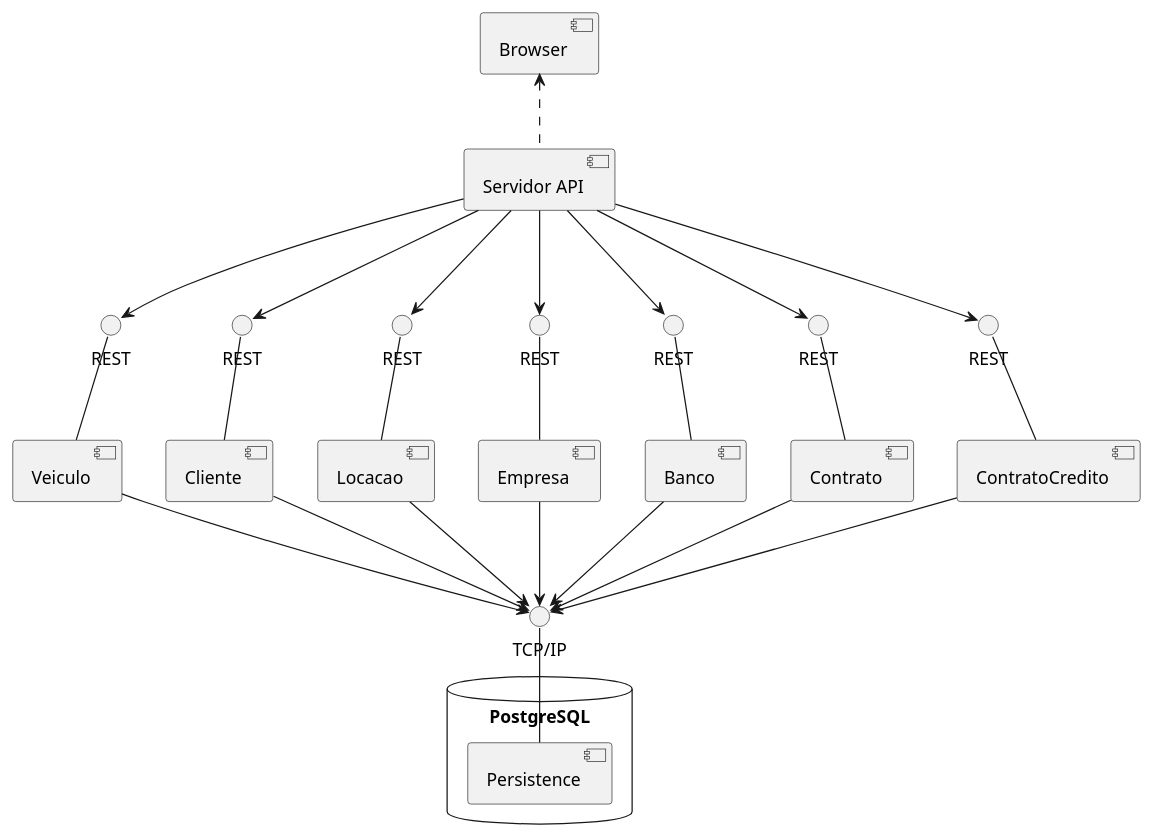
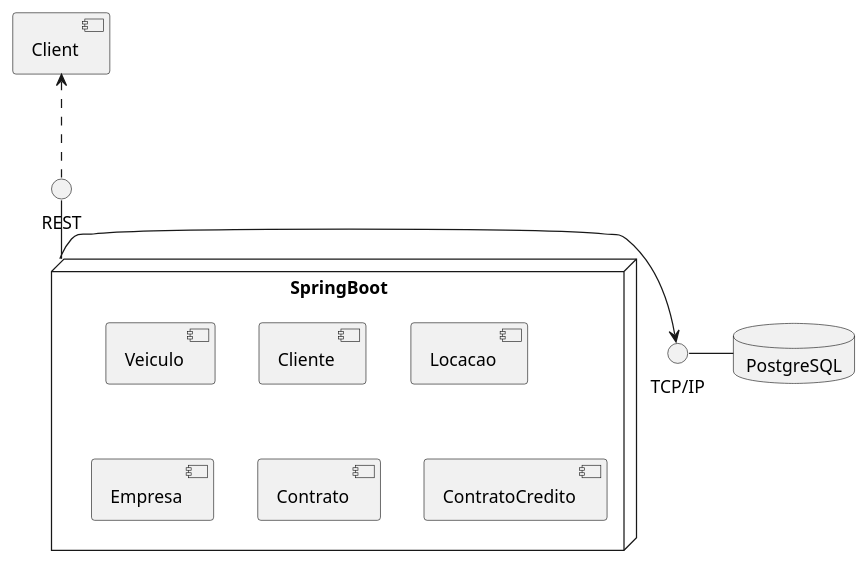
The diagram in project/code/componentsDiagram.puml (RafaMtF/LDS-Lab02), drawn with PlantUML before and after one commit. The commit also changed 1 other file, not shown here.

Commit message:
Update components diagram

```diff
--- a/project/code/componentsDiagram.puml
+++ b/project/code/componentsDiagram.puml
@@ -1,43 +1,25 @@
 @startuml
+interface "REST" as R1
 
-[Browser] <.. [Servidor API]
+[Client] <.. R1
 
-interface "REST" as R1
-interface "REST" as R2
-interface "REST" as R3
-interface "REST" as R4
-interface "REST" as R5
-interface "REST" as R6
-interface "REST" as R7
+node "SpringBoot" as C1 {
+[Veiculo]
+[Cliente]
+[Locacao]
+[Empresa]
+[Contrato]
+[ContratoCredito]
+}
 
-R1 -down- [Veiculo]
-R2 -down- [Cliente]
-R3 -down- [Locacao]
-R4 -down- [Empresa]
-R5 -down- [Banco]
-R6 -down- [Contrato]
-R7 -down- [ContratoCredito]
-
-[Servidor API] --> R1
-[Servidor API] --> R2
-[Servidor API] --> R3
-[Servidor API] --> R4
-[Servidor API] --> R5
-[Servidor API] --> R6
-[Servidor API] --> R7
+C1 -up- R1
 
 interface "TCP/IP" as T1
 
-database "PostgreSQL" {
-   T1 -down- [Persistence]
+database "PostgreSQL" as PG {
 }
 
-[Veiculo] --> T1
-[Cliente] --> T1
-[Locacao] --> T1
-[Empresa] --> T1
-[Banco] --> T1
-[Contrato] --> T1
-[ContratoCredito] --> T1
+T1 - PG
+C1 -right-> T1
 
 @enduml
```
